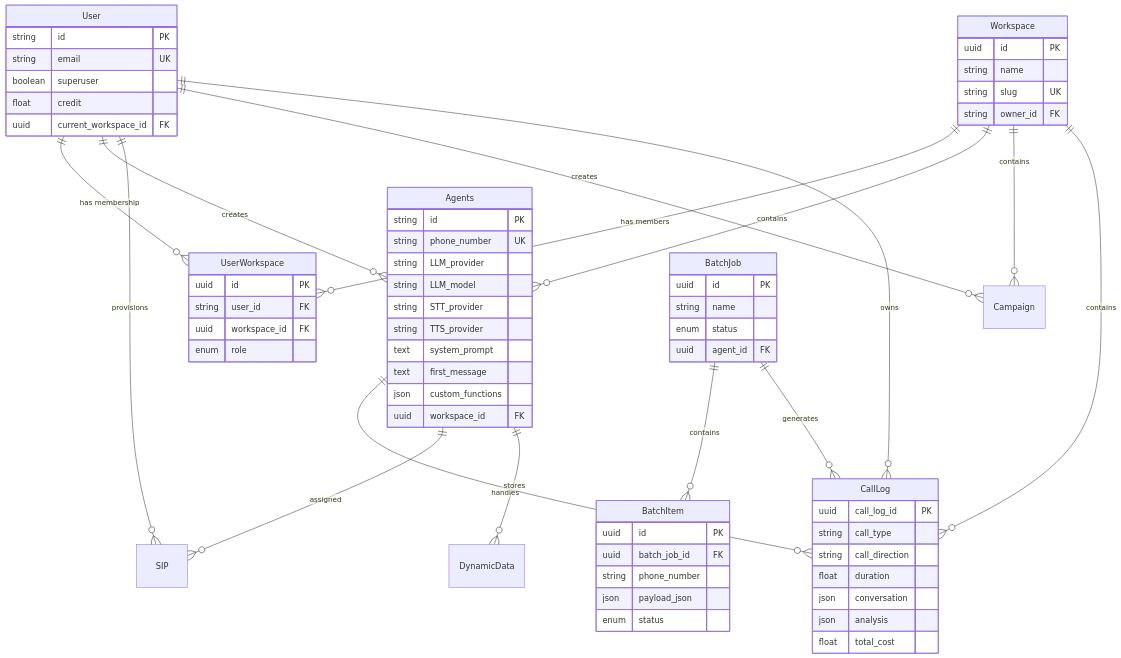
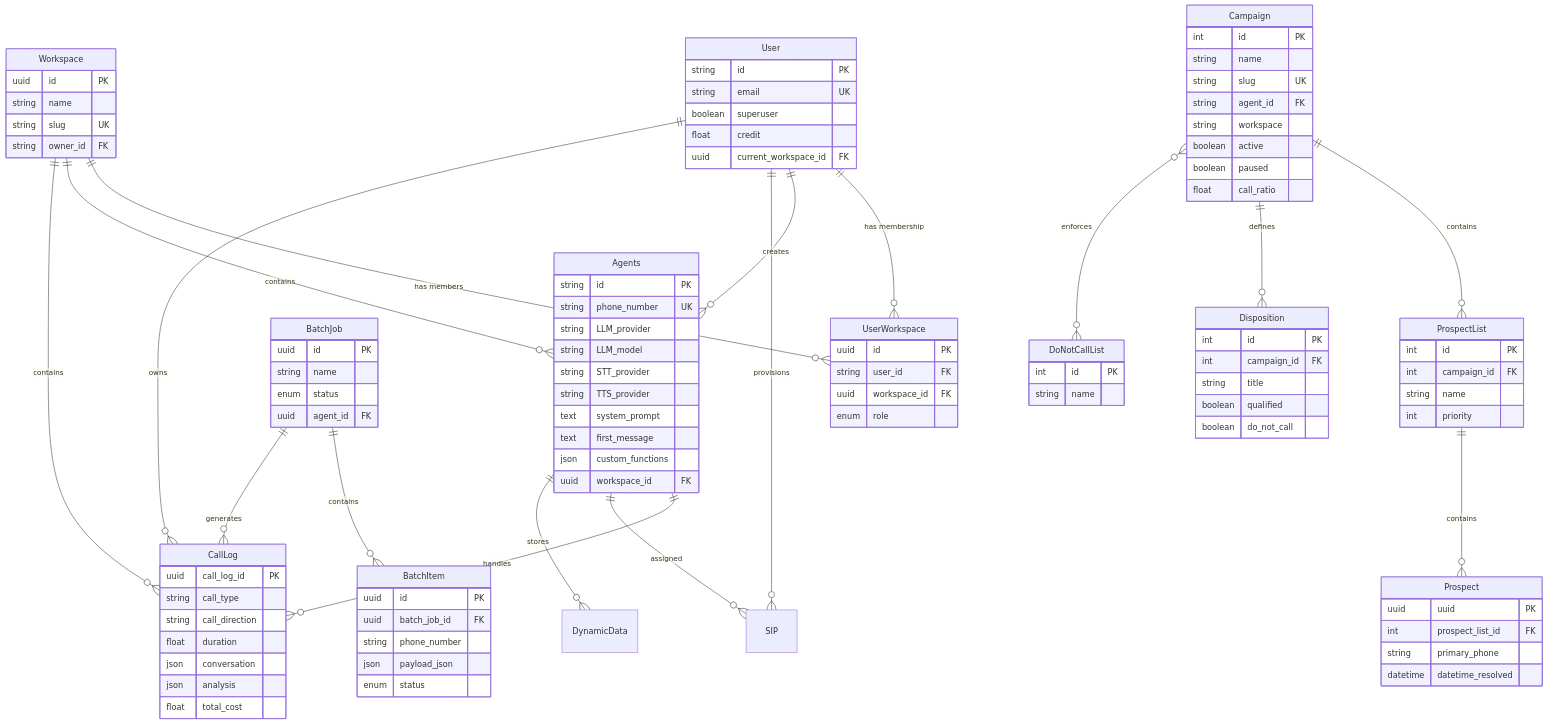
The diagram in developer-guide/data-model.mdx (manashk/mintlify-docs), drawn with Mermaid before and after one commit. The commit also changed other lines of this file and 13 other files, not shown here.

````diff
--- a/developer-guide/data-model.mdx
+++ b/developer-guide/data-model.mdx
@@ -15,16 +15,18 @@
     Workspace ||--o{ UserWorkspace : "has members"
     User ||--o{ Agents : "creates"
     User ||--o{ SIP : "provisions"
-    User ||--o{ Campaign : "creates"
     User ||--o{ CallLog : "owns"
     Workspace ||--o{ Agents : "contains"
-    Workspace ||--o{ Campaign : "contains"
     Workspace ||--o{ CallLog : "contains"
     Agents ||--o{ CallLog : "handles"
     Agents ||--o{ SIP : "assigned"
     Agents ||--o{ DynamicData : "stores"
     BatchJob ||--o{ BatchItem : "contains"
     BatchJob ||--o{ CallLog : "generates"
+    Campaign ||--o{ ProspectList : "contains"
+    Campaign ||--o{ Disposition : "defines"
+    Campaign }o--o{ DoNotCallList : "enforces"
+    ProspectList ||--o{ Prospect : "contains"
 
     User {
         string id PK
@@ -85,4 +87,42 @@
         json payload_json
         enum status
     }
+
+    Campaign {
+        int id PK
+        string name
+        string slug UK
+        string agent_id FK
+        string workspace
+        boolean active
+        boolean paused
+        float call_ratio
+    }
+
+    ProspectList {
+        int id PK
+        int campaign_id FK
+        string name
+        int priority
+    }
+
+    Prospect {
+        uuid uuid PK
+        int prospect_list_id FK
+        string primary_phone
+        datetime datetime_resolved
+    }
+
+    Disposition {
+        int id PK
+        int campaign_id FK
+        string title
+        boolean qualified
+        boolean do_not_call
+    }
+
+    DoNotCallList {
+        int id PK
+        string name
+    }
 ```
````
